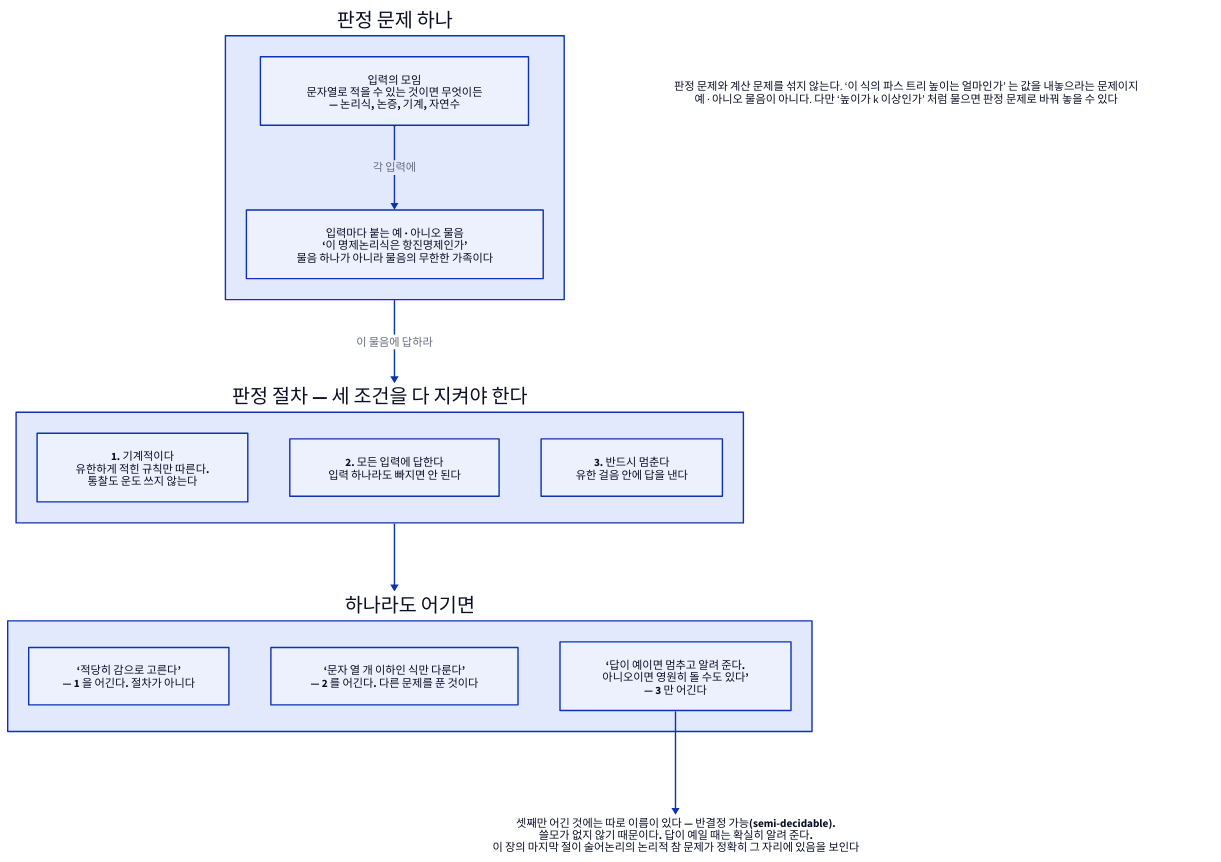
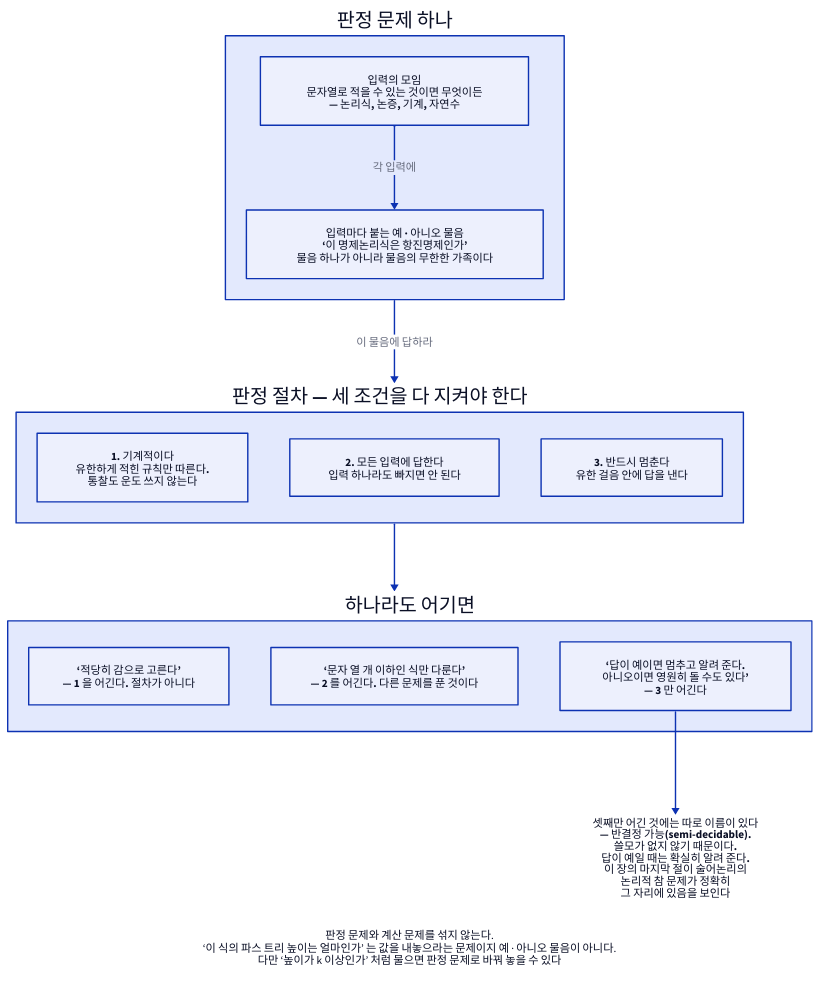
The diagram in d2/logic/log-n-decision-problem.d2 (Dong-gi/Dong-gi.github.io), drawn with D2 before and after one commit. The commit also changed 295 other files, not shown here.

```diff
--- a/d2/logic/log-n-decision-problem.d2
+++ b/d2/logic/log-n-decision-problem.d2
@@ -1,46 +1,56 @@
 # 판정 문제와 판정 절차 — 논리학 16장.
 #
 # 무엇을 읽어야 하나: 조건이 셋인데 그중 하나만 어겨도 판정 절차가 아니라는 것.
-# 오른쪽 세 상자가 각 조건을 어긴 모습이고, 맨 아래가 셋째 조건을 어긴 절차에
+# ‘하나라도 어기면’ 칸의 세 상자가 각 조건을 어긴 모습이고, ‘반결정 가능’ 글이 셋째 조건을 어긴 절차에
 # 따로 이름을 붙여야 하는 이유다.
 direction: down
 
 문제: {
   label: "판정 문제 하나"
   style.bold: true
   입력: { label: "입력의 모임\n문자열로 적을 수 있는 것이면 무엇이든\n— 논리식, 논증, 기계, 자연수" }
   물음: { label: "입력마다 붙는 예 · 아니오 물음\n‘이 명제논리식은 항진명제인가’\n물음 하나가 아니라 물음의 무한한 가족이다" }
   입력 -> 물음: "각 입력에"
 }
 
 절차: {
   label: "판정 절차 — 세 조건을 다 지켜야 한다"
   style.bold: true
   기계적: { label: "1. 기계적이다\n유한하게 적힌 규칙만 따른다.\n통찰도 운도 쓰지 않는다" }
   전부: { label: "2. 모든 입력에 답한다\n입력 하나라도 빠지면 안 된다" }
   멈춘다: { label: "3. 반드시 멈춘다\n유한 걸음 안에 답을 낸다"; style.bold: true }
 }
 
 문제 -> 절차: "이 물음에 답하라"
 
 어긴다: {
   label: "하나라도 어기면"
   a: { label: "‘적당히 감으로 고른다’\n— 1 을 어긴다. 절차가 아니다" }
   b: { label: "‘문자 열 개 이하인 식만 다룬다’\n— 2 를 어긴다. 다른 문제를 푼 것이다" }
   c: { label: "‘답이 예이면 멈추고 알려 준다.\n아니오이면 영원히 돌 수도 있다’\n— 3 만 어긴다"; style.bold: true }
 }
 
 절차 -> 어긴다
 
 이름: {
-  label: "셋째만 어긴 것에는 따로 이름이 있다 — 반결정 가능(semi-decidable).\n쓸모가 없지 않기 때문이다. 답이 예일 때는 확실히 알려 준다.\n이 장의 마지막 절이 술어논리의 논리적 참 문제가 정확히 그 자리에 있음을 보인다"
+  label: "셋째만 어긴 것에는 따로 이름이 있다\n— 반결정 가능(semi-decidable).\n쓸모가 없지 않기 때문이다.\n답이 예일 때는 확실히 알려 준다.\n이 장의 마지막 절이 술어논리의\n논리적 참 문제가 정확히\n그 자리에 있음을 보인다"
   shape: text
   style.bold: true
 }
 
 어긴다.c -> 이름
 
-셈: {
-  label: "판정 문제와 계산 문제를 섞지 않는다. ‘이 식의 파스 트리 높이는 얼마인가’ 는 값을 내놓으라는 문제이지\n예 · 아니오 물음이 아니다. 다만 ‘높이가 k 이상인가’ 처럼 물으면 판정 문제로 바꿔 놓을 수 있다"
-  shape: text
+# 이 글상자는 그림 아래에 둔다(옆에 두면 폭이 1900px 이 넘는다).
+주석: {
+  label: ""
+  near: bottom-center
+  grid-columns: 1
+  grid-gap: 24
+  style.stroke: transparent
+  style.fill: transparent
+
+  셈: {
+    label: "판정 문제와 계산 문제를 섞지 않는다.\n‘이 식의 파스 트리 높이는 얼마인가’ 는 값을 내놓으라는 문제이지 예 · 아니오 물음이 아니다.\n다만 ‘높이가 k 이상인가’ 처럼 물으면 판정 문제로 바꿔 놓을 수 있다"
+    shape: text
+  }
 }
```
